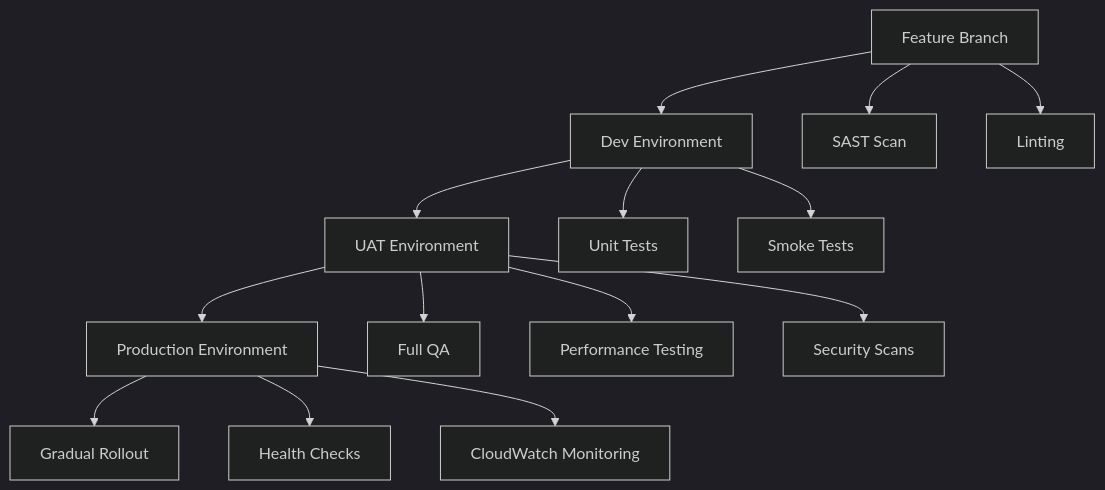
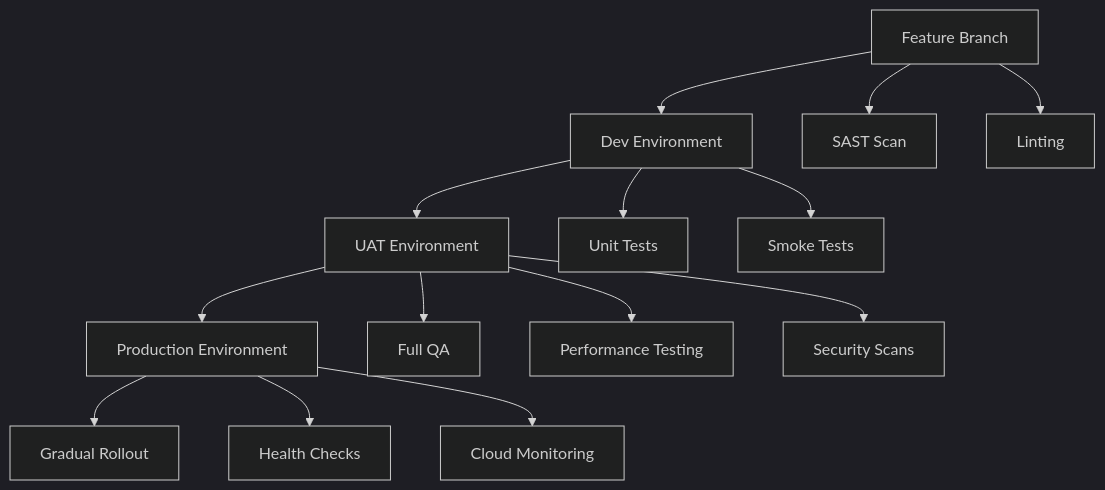
Before and after one commit to LZ26/professional-highlights: the diagram in ci-cd-pipeline.mmd, drawn with Mermaid (dark theme).

```diff
--- a/ci-cd-pipeline.mmd
+++ b/ci-cd-pipeline.mmd
@@ -1,19 +1,19 @@
 %% File: professional-highlights/ci-cd-pipeline.mmd
 flowchart TD
     A[Feature Branch] --> B[Dev Environment]
     B --> C[UAT Environment]
     C --> D[Production Environment]
     
     A --> A1[SAST Scan]
     A --> A2[Linting]
     
     B --> B1[Unit Tests]
     B --> B2[Smoke Tests]
     
     C --> C1[Full QA]
     C --> C2[Performance Testing]
     C --> C3[Security Scans]
     
     D --> D1[Gradual Rollout]
     D --> D2[Health Checks]
-    D --> D3[CloudWatch Monitoring]
+    D --> D3[Cloud Monitoring]
```
